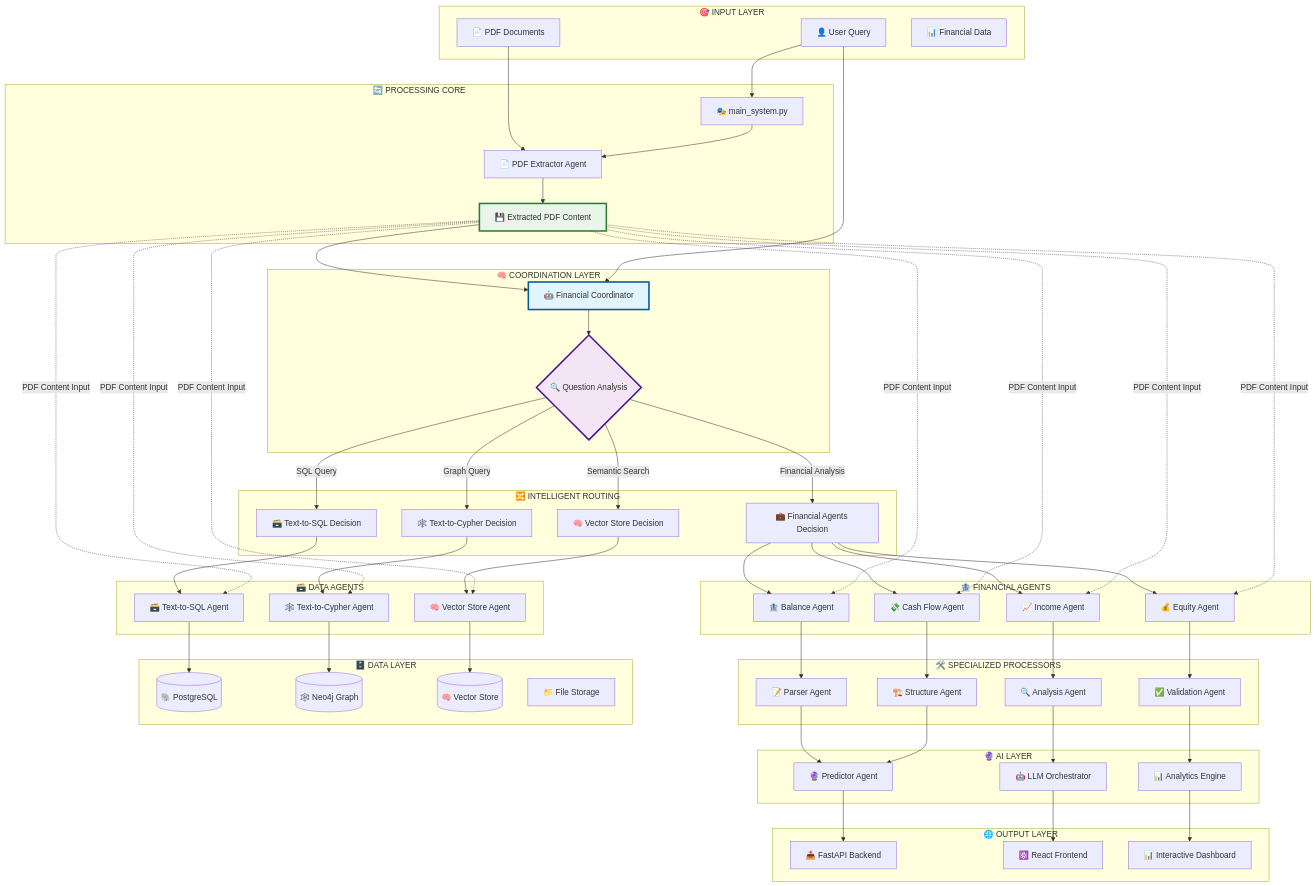
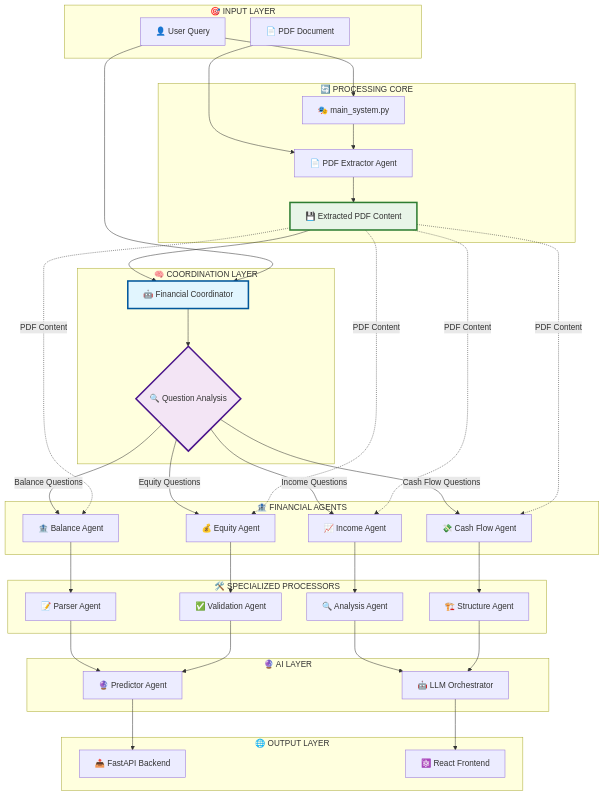
The diagram in README.md (rociosolis12/agent_LLM), drawn with Mermaid before and after one commit. The commit also changed other lines of this file, not shown here.

````diff
--- a/README.md
+++ b/README.md
@@ -45,106 +48,76 @@
 graph TB
     subgraph "🎯 INPUT LAYER"
         A[👤 User Query]
-        B[📄 PDF Documents]
-        C[📊 Financial Data]
+        B[📄 PDF Document]
     end
     
     subgraph "🔄 PROCESSING CORE"
-        D[🎭 main_system.py]
-        E[📄 PDF Extractor Agent]
-        F[💾 Extracted PDF Content]
+        C[🎭 main_system.py]
+        D[📄 PDF Extractor Agent]
+        E[💾 Extracted PDF Content]
     end
     
     subgraph "🧠 COORDINATION LAYER"
-        G[🤖 Financial Coordinator]
-        H{🔍 Question Analysis}
-    end
-    
-    subgraph "🔀 INTELLIGENT ROUTING"
-        H -->|Financial Analysis| I[💼 Financial Agents Decision]
-        H -->|SQL Query| J[🗃️ Text-to-SQL Decision]
-        H -->|Graph Query| K[🕸️ Text-to-Cypher Decision]
-        H -->|Semantic Search| L[🧠 Vector Store Decision]
+        F[🤖 Financial Coordinator]
+        G{🔍 Question Analysis}
     end
     
     subgraph "🏦 FINANCIAL AGENTS"
-        I --> M[🏦 Balance Agent]
-        I --> N[📈 Income Agent]
-        I --> O[💰 Equity Agent]
-        I --> P[💸 Cash Flow Agent]
-    end
-    
-    subgraph "🗃️ DATA AGENTS"
-        J --> Q[🗃️ Text-to-SQL Agent]
-        K --> R[🕸️ Text-to-Cypher Agent]
-        L --> S[🧠 Vector Store Agent]
+        G -->|Balance Questions| H[🏦 Balance Agent]
+        G -->|Income Questions| I[📈 Income Agent]
+        G -->|Equity Questions| J[💰 Equity Agent]
+        G -->|Cash Flow Questions| K[💸 Cash Flow Agent]
     end
     
     subgraph "🛠️ SPECIALIZED PROCESSORS"
-        T[📝 Parser Agent]
-        U[🔍 Analysis Agent]
-        V[✅ Validation Agent]
-        W[🏗️ Structure Agent]
-    end
-    
-    subgraph "🗄️ DATA LAYER"
-        X[(🐘 PostgreSQL)]
-        Y[(🕸️ Neo4j Graph)]
-        Z[(🧠 Vector Store)]
-        AA[📁 File Storage]
+        L[📝 Parser Agent]
+        M[🔍 Analysis Agent]
+        N[✅ Validation Agent]
+        O[🏗️ Structure Agent]
     end
     
     subgraph "🔮 AI LAYER"
-        BB[🔮 Predictor Agent]
-        CC[🤖 LLM Orchestrator]
-        DD[📊 Analytics Engine]
+        P[🔮 Predictor Agent]
+        Q[🤖 LLM Orchestrator]
     end
     
     subgraph "🌐 OUTPUT LAYER"
-        EE[📤 FastAPI Backend]
-        FF[⚛️ React Frontend]
-        GG[📊 Interactive Dashboard]
+        R[📤 FastAPI Backend]
+        S[⚛️ React Frontend]
     end
     
     %% Flujo principal
-    A --> D
-    B --> E
+    A --> C
+    B --> D
+    C --> D
     D --> E
     E --> F
+    A --> F
     F --> G
-    A --> G
-    G --> H
     
     %% Los agentes usan el PDF extraído como input
-    F -.->|PDF Content Input| M
-    F -.->|PDF Content Input| N
-    F -.->|PDF Content Input| O
-    F -.->|PDF Content Input| P
-    F -.->|PDF Content Input| Q
-    F -.->|PDF Content Input| R
-    F -.->|PDF Content Input| S
+    E -.->|PDF Content| H
+    E -.->|PDF Content| I
+    E -.->|PDF Content| J
+    E -.->|PDF Content| K
     
     %% Procesamiento especializado
-    M --> T
-    N --> U
-    O --> V
-    P --> W
-    Q --> X
-    R --> Y
-    S --> Z
+    H --> L
+    I --> M
+    J --> N
+    K --> O
     
     %% AI Layer
-    T --> BB
-    U --> CC
-    V --> DD
-    W --> BB
+    L --> P
+    M --> Q
+    N --> P
+    O --> Q
     
     %% Output
-    BB --> EE
-    CC --> FF
-    DD --> GG
+    P --> R
+    Q --> S
     
-    style F fill:#e8f5e8,stroke:#2e7d32,stroke-width:3px
-    style G fill:#e1f5fe,stroke:#01579b,stroke-width:3px
-    style H fill:#f3e5f5,stroke:#4a148c,stroke-width:3px
+    style E fill:#e8f5e8,stroke:#2e7d32,stroke-width:3px
+    style F fill:#e1f5fe,stroke:#01579b,stroke-width:3px
+    style G fill:#f3e5f5,stroke:#4a148c,stroke-width:3px
 ```
````
